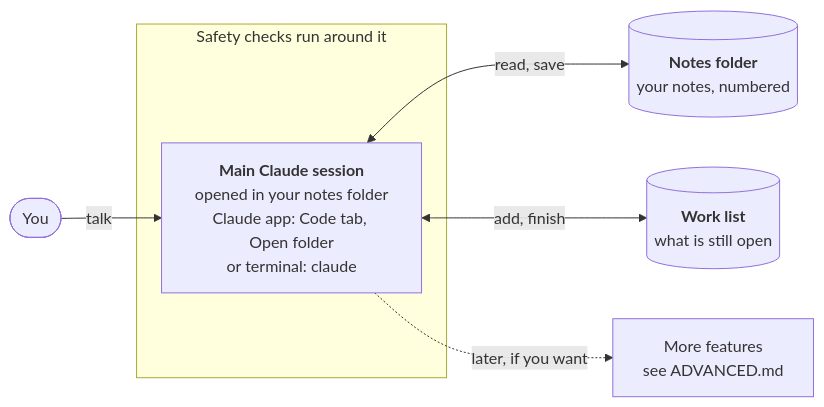
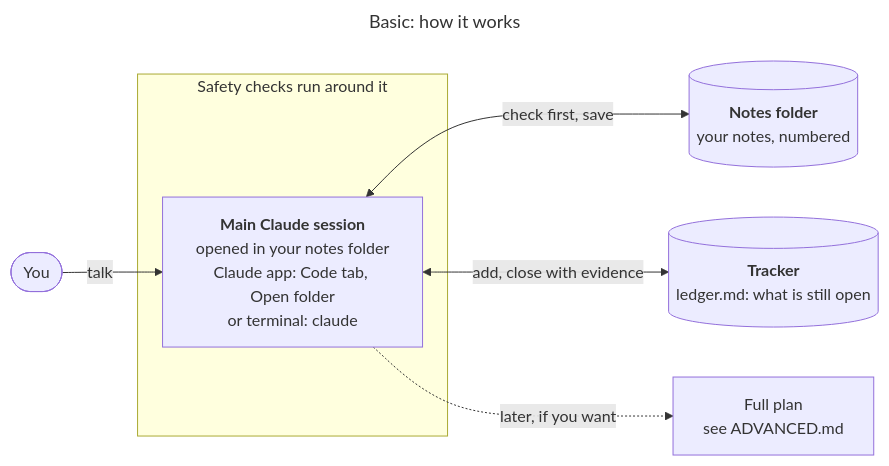
Before and after one commit to 0Smallcat0/second-brain-kit: the diagram in README.md, drawn with Mermaid. The commit also changed other lines of this file and 48 other files, not shown here.

Commit message:
0.2.4: Full-plan labels, tracker wording, fixed entry/supervisor/maintenance sessions, plan-based wake choice

````diff
--- a/README.md
+++ b/README.md
@@ -55,10 +67,13 @@
 ```mermaid
+---
+title: "Basic: how it works"
+---
 flowchart LR
   You(["You"]) -->|talk| Main
   subgraph Checks["Safety checks run around it"]
     Main["<b>Main Claude session</b><br/>opened in your notes folder<br/>Claude app: Code tab, Open folder<br/>or terminal: claude"]
   end
-  Main <-->|read, save| Notes[("<b>Notes folder</b><br/>your notes, numbered")]
-  Main <-->|add, finish| Work[("<b>Work list</b><br/>what is still open")]
-  Main -.->|later, if you want| Adv["More features<br/>see ADVANCED.md"]
+  Main <-->|check first, save| Notes[("<b>Notes folder</b><br/>your notes, numbered")]
+  Main <-->|add, close with evidence| Work[("<b>Tracker</b><br/>ledger.md: what is still open")]
+  Main -.->|later, if you want| Adv["Full plan<br/>see ADVANCED.md"]
 ```
````
